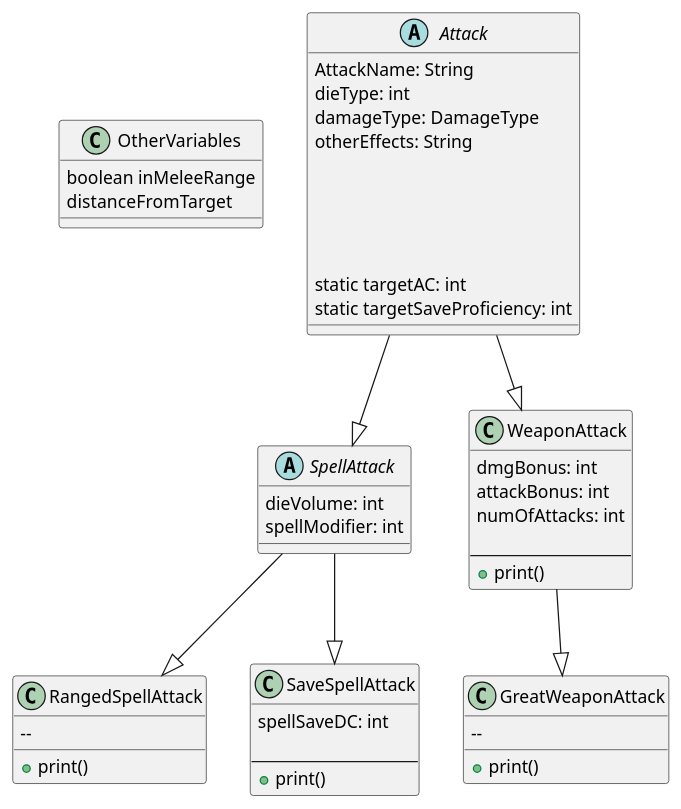
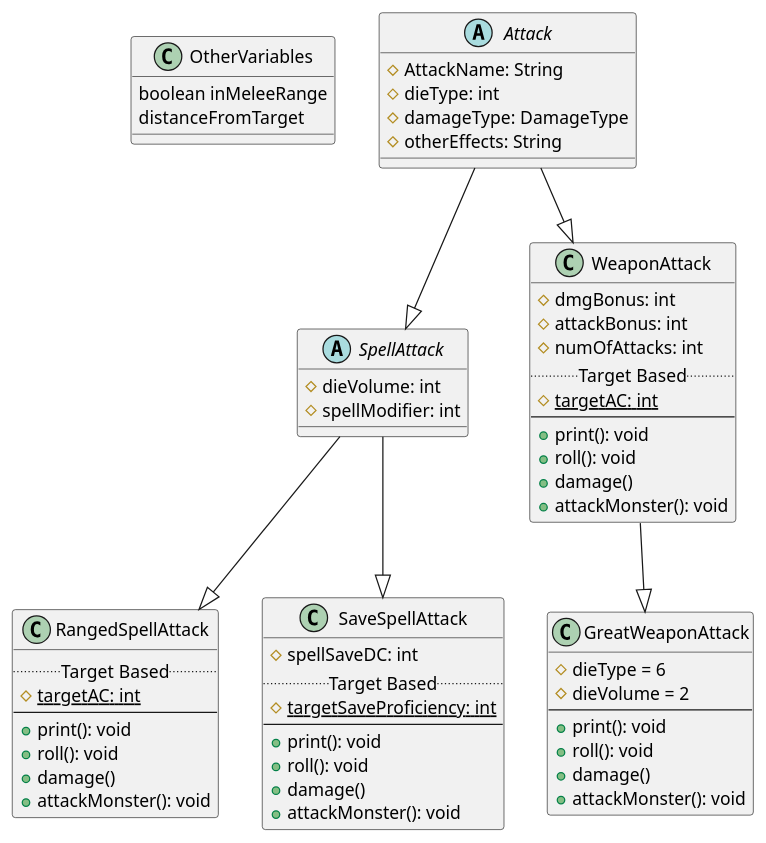
One commit to Bazza491/DungeonsLibrary changed the diagram in src/me/Bazza491/DungeonsLibrary/Attack.puml. Above: the diagram before and after it, drawn with PlantUML. The commit also changed 3 other files, not shown here.

Commit message:
Added a UML diagram file explaining how Attack will be changed as well as a backup File containing an unedited version of the old Attack class

```diff
--- a/src/me/Bazza491/DungeonsLibrary/Attack.puml
+++ b/src/me/Bazza491/DungeonsLibrary/Attack.puml
@@ -1,64 +1,73 @@
 @startuml
 'https://plantuml.com/sequence-diagram
 
 class OtherVariables {
     boolean inMeleeRange
     distanceFromTarget
-
 }
 
 
 
 abstract class  Attack {
-    AttackName: String
-    dieType: int
-    damageType: DamageType
-    otherEffects: String
-
-
-
-
-
-    static targetAC: int
-    static targetSaveProficiency: int
+    #AttackName: String
+    #dieType: int
+    #damageType: DamageType
+    #otherEffects: String
 }
 abstract class SpellAttack {
-    dieVolume: int
-    spellModifier: int
+    #dieVolume: int
+    #spellModifier: int
+}
+class RangedSpellAttack {
+    .. Target Based ..
+    {static} #targetAC: int
+    --
+    +print(): void
+    +roll(): void
+    +damage()
+    +attackMonster(): void
+}
+class SaveSpellAttack {
+    #spellSaveDC: int
+    .. Target Based ..
+    {static} #targetSaveProficiency: int
+    --
+    +print(): void
+    +roll(): void
+    +damage()
+    +attackMonster(): void
 }
 class WeaponAttack {
-    dmgBonus: int
-    attackBonus: int
-    numOfAttacks: int
-
+    #dmgBonus: int
+    #attackBonus: int
+    #numOfAttacks: int
+    .. Target Based ..
+    {static} #targetAC: int
     --
-    +print()
+    +print(): void
+    +roll(): void
+    +damage()
+    +attackMonster(): void
 }
 class GreatWeaponAttack {
+    #dieType = 6
+    #dieVolume = 2
+    --
+    +print(): void
+    +roll(): void
+    +damage()
+    +attackMonster(): void
+}
 
-    --
-    +print()
-}
-class RangedSpellAttack {
-
-    --
-    +print()
-}
-class SaveSpellAttack {
-    spellSaveDC: int
-
-    --
-    +print()
-}
 
 
 
 Attack --|> SpellAttack
 Attack --|> WeaponAttack
 WeaponAttack --|> GreatWeaponAttack
 SpellAttack --|> RangedSpellAttack
 SpellAttack --|> SaveSpellAttack
 
 
 
 @enduml
```
